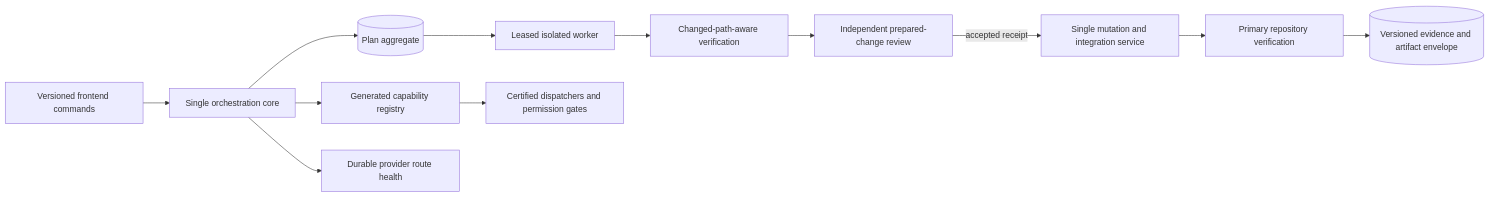
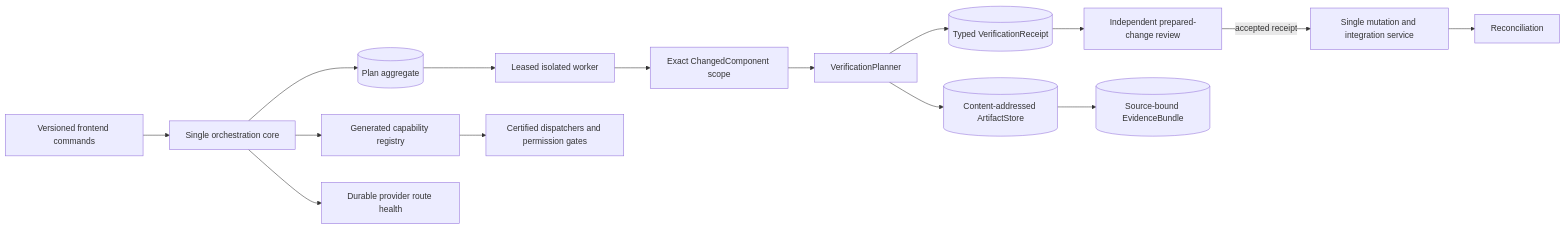
The second of 2 diagrams in docs/architecture/INDEX.md (benclawbot/Medusa), drawn with Mermaid before and after one commit. The commit also changed other lines of this file, not shown here.

Commit message:
Record evidence authority architecture: docs/architecture/INDEX.md

````diff
--- a/docs/architecture/INDEX.md
+++ b/docs/architecture/INDEX.md
@@ -40,14 +41,17 @@
 ```mermaid
 flowchart LR
   S[Versioned frontend commands] --> O[Single orchestration core]
   O --> PA[(Plan aggregate)]
   PA --> W[Leased isolated worker]
-  W --> V[Changed-path-aware verification]
-  V --> R[Independent prepared-change review]
+  W --> C[Exact ChangedComponent scope]
+  C --> VP[VerificationPlanner]
+  VP --> VR[(Typed VerificationReceipt)]
+  VR --> R[Independent prepared-change review]
   R -->|accepted receipt| I[Single mutation and integration service]
-  I --> PV[Primary repository verification]
-  PV --> E[(Versioned evidence and artifact envelope)]
-  O --> C[Generated capability registry]
-  C --> D[Certified dispatchers and permission gates]
+  I --> RC[Reconciliation]
+  VP --> A[(Content-addressed ArtifactStore)]
+  A --> EB[(Source-bound EvidenceBundle)]
+  O --> CR[Generated capability registry]
+  CR --> D[Certified dispatchers and permission gates]
   O --> H[Durable provider route health]
 ```
````
